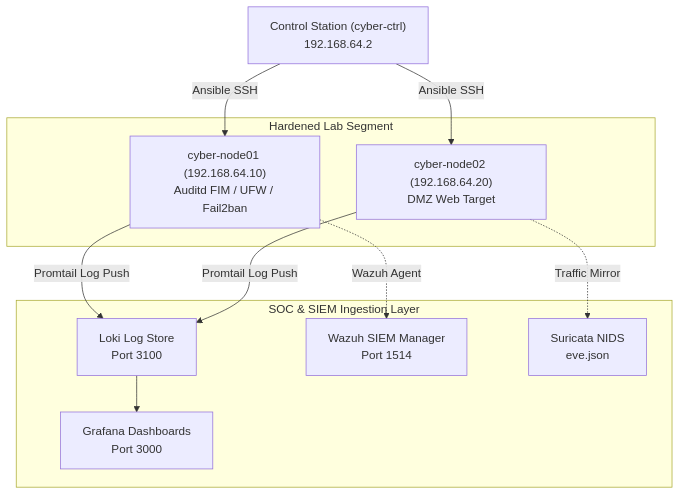
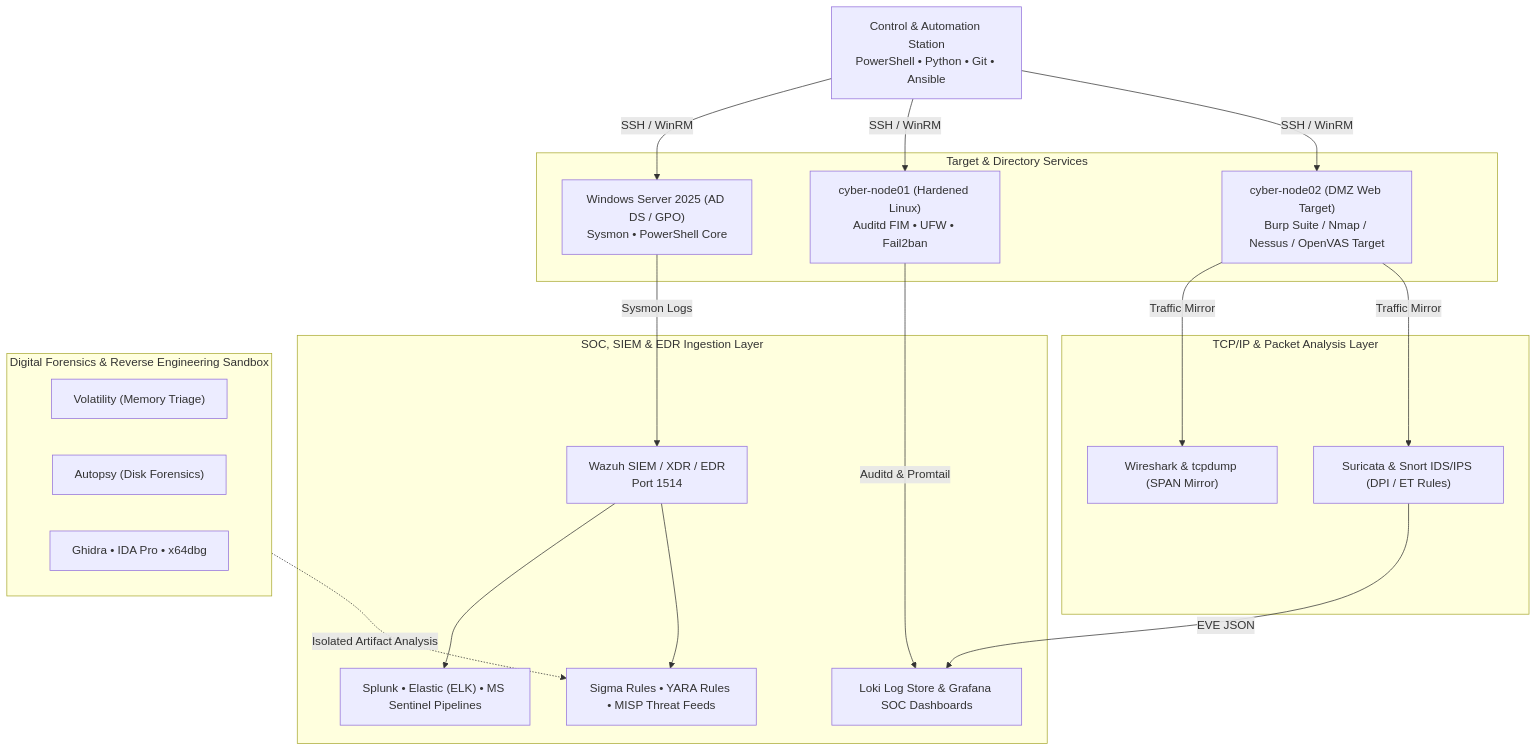
The diagram in cyber/docs/architecture.md (stefanutc1/datacenter), drawn with Mermaid before and after one commit. The commit also changed other lines of this file and 4 other files, not shown here.

First line of the commit message:
docs(cyber): integrate full cybersecurity, SIEM, and DFIR tool matrix

````diff
--- a/cyber/docs/architecture.md
+++ b/cyber/docs/architecture.md
@@ -16,23 +17,37 @@
 ```mermaid
 flowchart TD
-    CTRL["Control Station (cyber-ctrl)<br/>192.168.64.2"]
+    CTRL["Control & Automation Station<br/>PowerShell • Python • Git • Ansible"]
 
-    subgraph LAB_TARGETS["Hardened Lab Segment"]
-        NODE1["cyber-node01 (192.168.64.10)<br/>Auditd FIM / UFW / Fail2ban"]
-        NODE2["cyber-node02 (192.168.64.20)<br/>DMZ Web Target"]
+    subgraph LAB_TARGETS["Target & Directory Services"]
+        WIN["Windows Server 2025 (AD DS / GPO)<br/>Sysmon • PowerShell Core"]
+        NODE1["cyber-node01 (Hardened Linux)<br/>Auditd FIM • UFW • Fail2ban"]
+        NODE2["cyber-node02 (DMZ Web Target)<br/>Burp Suite / Nmap / Nessus / OpenVAS Target"]
     end
 
-    subgraph SOC_STACK["SOC & SIEM Ingestion Layer"]
-        LOKI["Loki Log Store<br/>Port 3100"]
-        GRAF["Grafana Dashboards<br/>Port 3000"]
-        WAZUH["Wazuh SIEM Manager<br/>Port 1514"]
-        SURICATA["Suricata NIDS<br/>eve.json"]
+    subgraph NETWORK_ANALYSIS["TCP/IP & Packet Analysis Layer"]
+        WIRESHARK["Wireshark & tcpdump (SPAN Mirror)"]
+        SURICATA["Suricata & Snort IDS/IPS (DPI / ET Rules)"]
     end
 
-    CTRL -->|Ansible SSH| NODE1 & NODE2
-    NODE1 -->|Promtail Log Push| LOKI
-    NODE2 -->|Promtail Log Push| LOKI
-    LOKI --> GRAF
-    NODE1 -.->|Wazuh Agent| WAZUH
-    NODE2 -.->|Traffic Mirror| SURICATA
+    subgraph SOC_STACK["SOC, SIEM & EDR Ingestion Layer"]
+        WAZUH["Wazuh SIEM / XDR / EDR<br/>Port 1514"]
+        SIEMS["Splunk • Elastic (ELK) • MS Sentinel Pipelines"]
+        LOKI["Loki Log Store & Grafana SOC Dashboards"]
+        INTEL["Sigma Rules • YARA Rules • MISP Threat Feeds"]
+    end
+
+    subgraph DFIR_LAB["Digital Forensics & Reverse Engineering Sandbox"]
+        VOLATILITY["Volatility (Memory Triage)"]
+        AUTOPSY["Autopsy (Disk Forensics)"]
+        REVERSING["Ghidra • IDA Pro • x64dbg"]
+    end
+
+    CTRL -->|SSH / WinRM| WIN & NODE1 & NODE2
+    WIN -->|Sysmon Logs| WAZUH
+    NODE1 -->|Auditd & Promtail| LOKI
+    NODE2 -->|Traffic Mirror| WIRESHARK & SURICATA
+    SURICATA -->|EVE JSON| LOKI
+    WAZUH --> SIEMS
+    WAZUH --> INTEL
+    DFIR_LAB -.->|Isolated Artifact Analysis| INTEL
 ```
````
